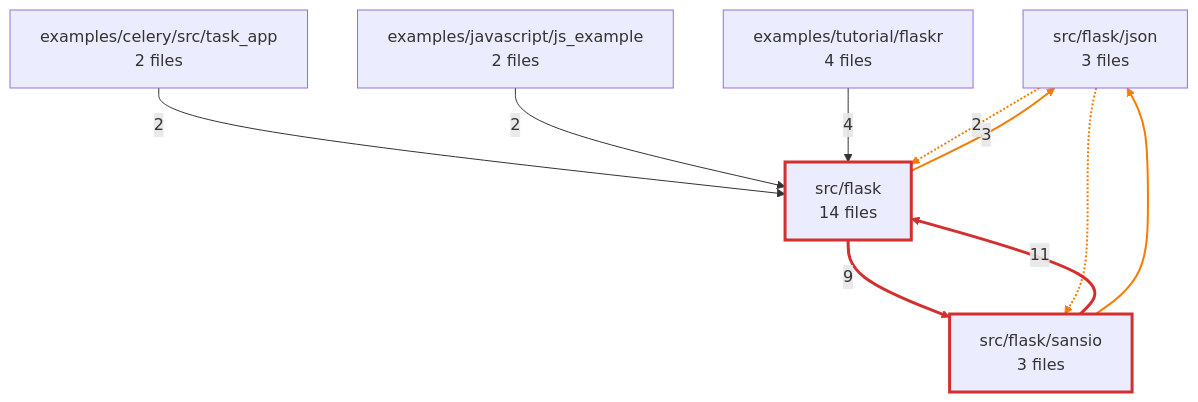
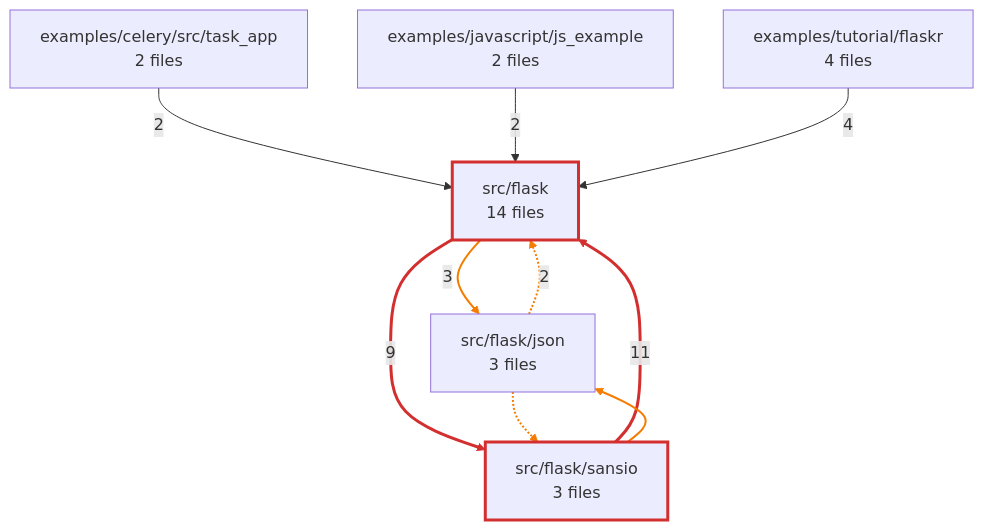
The diagram in docs/gallery/flask/flow/FLOW-overview.mmd (mohdzain98/gnost), drawn with Mermaid before and after one commit. The commit also changed other lines of this file and 38 other files, not shown here.

```diff
--- a/docs/gallery/flask/flow/FLOW-overview.mmd
+++ b/docs/gallery/flask/flow/FLOW-overview.mmd
@@ -1,21 +1,21 @@
 flowchart TD
+  dir_src_flask["src/flask<br/>14 files"]
+  dir_src_flask_sansio["src/flask/sansio<br/>3 files"]
+  dir_examples_tutorial_flaskr["examples/tutorial/flaskr<br/>4 files"]
+  dir_examples_celery_src_task_app["examples/celery/src/task_app<br/>2 files"]
   dir_src_flask_json["src/flask/json<br/>3 files"]
-  dir_src_flask["src/flask<br/>14 files"]
-  dir_examples_tutorial_flaskr["examples/tutorial/flaskr<br/>4 files"]
-  dir_src_flask_sansio["src/flask/sansio<br/>3 files"]
   dir_examples_javascript_js_example["examples/javascript/js_example<br/>2 files"]
-  dir_examples_celery_src_task_app["examples/celery/src/task_app<br/>2 files"]
   dir_examples_celery_src_task_app -->|2| dir_src_flask
   dir_examples_javascript_js_example -->|2| dir_src_flask
   dir_examples_tutorial_flaskr -->|4| dir_src_flask
   dir_src_flask -->|3| dir_src_flask_json
   dir_src_flask ==>|9| dir_src_flask_sansio
   dir_src_flask_json -.->|2| dir_src_flask
   dir_src_flask_json -.-> dir_src_flask_sansio
   dir_src_flask_sansio ==>|11| dir_src_flask
   dir_src_flask_sansio --> dir_src_flask_json
   linkStyle 3,8 stroke:#f57c00,stroke-width:2px
   linkStyle 4,7 stroke:#d32f2f,stroke-width:3px
   linkStyle 5,6 stroke:#f57c00,stroke-width:2px
   classDef cycle stroke:#d32f2f,stroke-width:3px
   class dir_src_flask,dir_src_flask_sansio cycle
```
